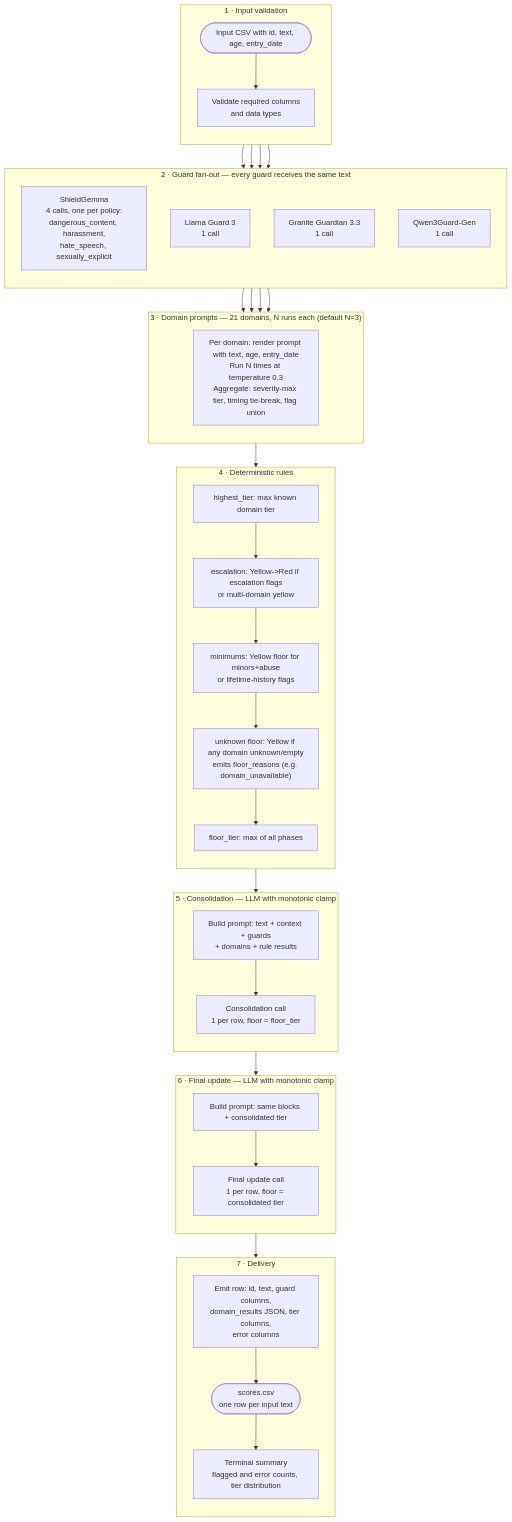
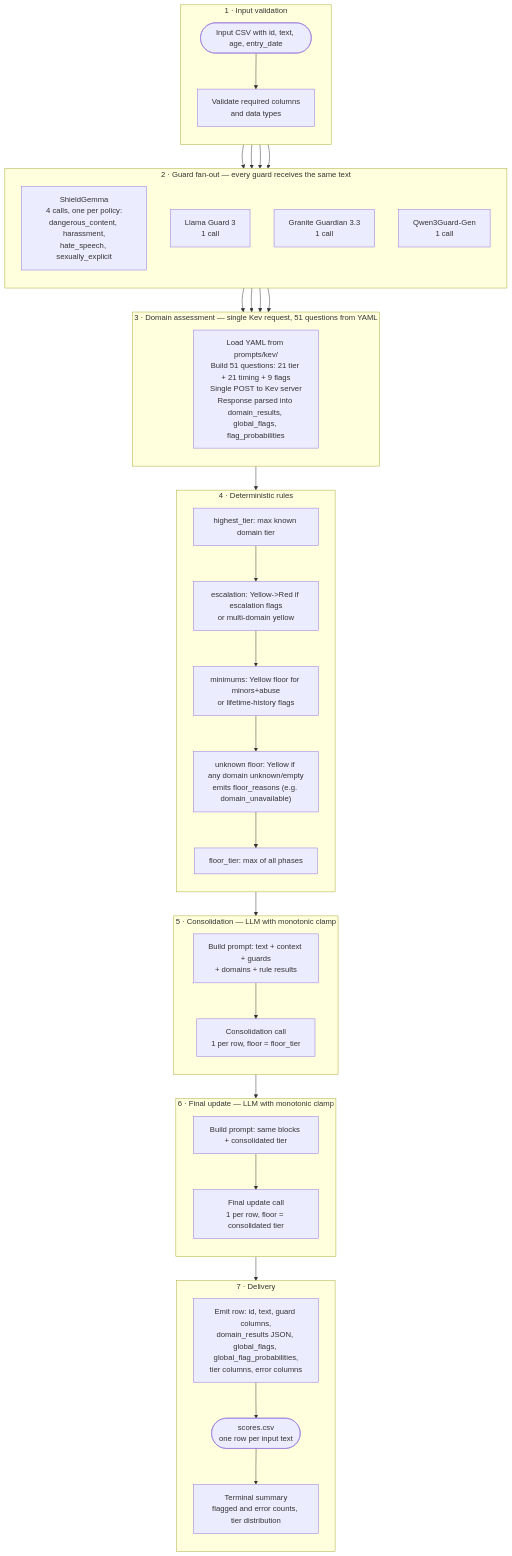
Before and after one commit to childmindresearch/guard-ensemble: the diagram in DATAFLOW.md, drawn with Mermaid. The commit also changed other lines of this file and 1 other file, not shown here.

Commit message:
checkpoint: Task 4 - Update documentation for Kev/YAML migration

````diff
--- a/DATAFLOW.md
+++ b/DATAFLOW.md
@@ -9,52 +10,52 @@
 ```mermaid
 flowchart TD
     subgraph S1["1 · Input validation"]
         direction TB
         A(["Input CSV with id, text, age, entry_date"]) --> B["Validate required columns<br/>and data types"]
     end
 
     subgraph S2["2 · Guard fan-out — every guard receives the same text"]
         direction TB
         B --> G1["ShieldGemma<br/>4 calls, one per policy:<br/>dangerous_content, harassment,<br/>hate_speech, sexually_explicit"]
         B --> G2["Llama Guard 3<br/>1 call"]
         B --> G3["Granite Guardian 3.3<br/>1 call"]
         B --> G4["Qwen3Guard-Gen<br/>1 call"]
     end
 
-    subgraph S3["3 · Domain prompts — 21 domains, N runs each (default N=3)"]
+    subgraph S3["3 · Domain assessment — single Kev request, 51 questions from YAML"]
         direction TB
-        G1 --> D
-        G2 --> D
-        G3 --> D
-        G4 --> D
-        D["Per domain: render prompt with text, age, entry_date<br/>Run N times at temperature 0.3<br/>Aggregate: severity-max tier, timing tie-break, flag union"]
+        G1 --> K
+        G2 --> K
+        G3 --> K
+        G4 --> K
+        K["Load YAML from prompts/kev/<br/>Build 51 questions: 21 tier + 21 timing + 9 flags<br/>Single POST to Kev server<br/>Response parsed into domain_results, global_flags, flag_probabilities"]
     end
 
     subgraph S4["4 · Deterministic rules"]
         direction TB
-        D --> R1["highest_tier: max known domain tier"]
+        K --> R1["highest_tier: max known domain tier"]
         R1 --> R2["escalation: Yellow->Red if escalation flags<br/>or multi-domain yellow"]
         R2 --> R3["minimums: Yellow floor for minors+abuse<br/>or lifetime-history flags"]
         R3 --> R4["unknown floor: Yellow if any domain unknown/empty<br/>emits floor_reasons (e.g. domain_unavailable)"]
         R4 --> R5["floor_tier: max of all phases"]
     end
 
     subgraph S5["5 · Consolidation — LLM with monotonic clamp"]
         direction TB
         R5 --> C1["Build prompt: text + context + guards<br/>+ domains + rule results"]
         C1 --> C2["Consolidation call<br/>1 per row, floor = floor_tier"]
     end
 
     subgraph S6["6 · Final update — LLM with monotonic clamp"]
         direction TB
         C2 --> F1["Build prompt: same blocks + consolidated tier"]
         F1 --> F2["Final update call<br/>1 per row, floor = consolidated tier"]
     end
 
     subgraph S7["7 · Delivery"]
         direction TB
-        F2 --> O1["Emit row: id, text, guard columns,<br/>domain_results JSON, tier columns,<br/>error columns"]
+        F2 --> O1["Emit row: id, text, guard columns,<br/>domain_results JSON, global_flags, global_flag_probabilities,<br/>tier columns, error columns"]
         O1 --> O2(["scores.csv<br/>one row per input text"])
         O2 --> O3["Terminal summary<br/>flagged and error counts, tier distribution"]
     end
 ```
````
